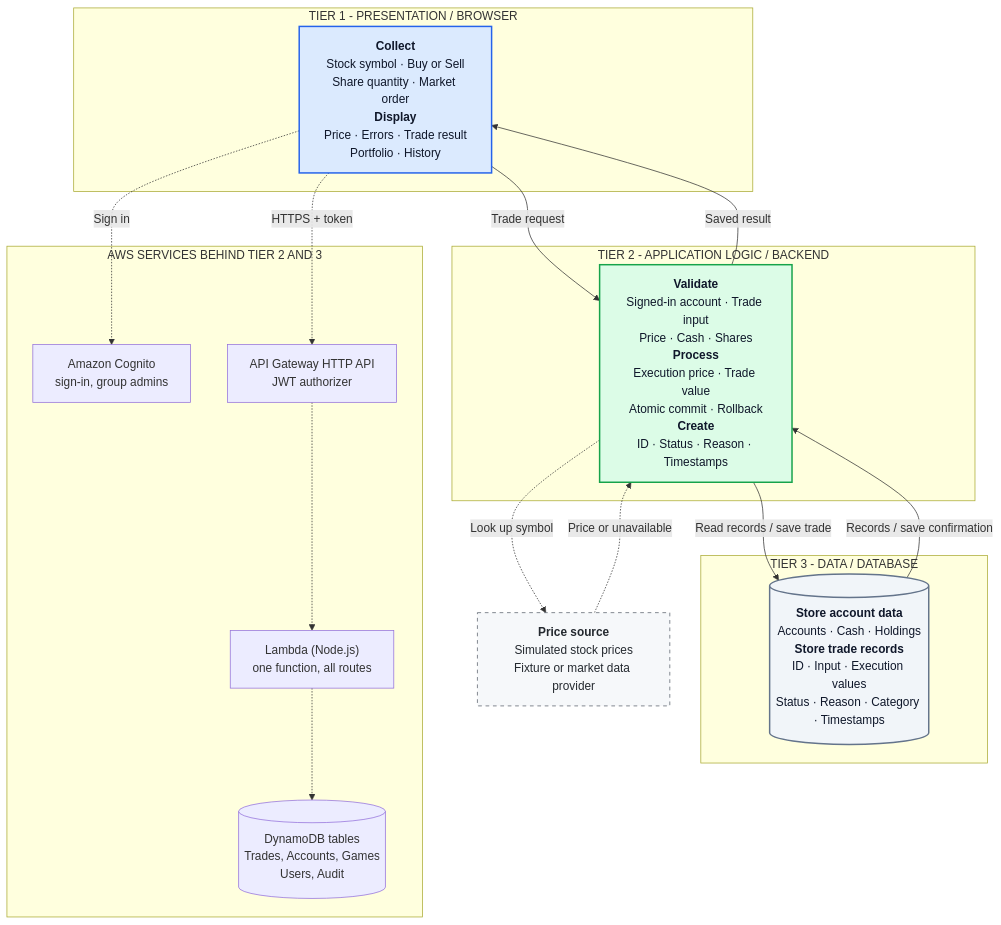
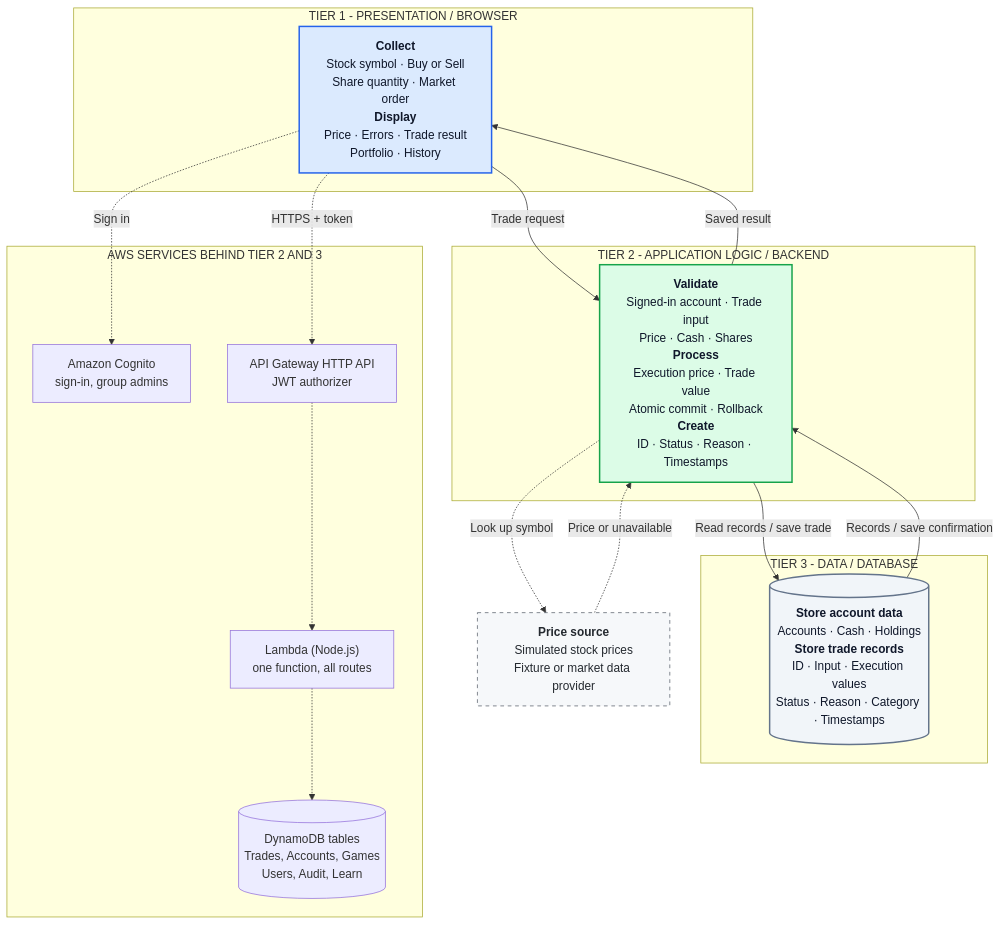
One commit to UH-MIS3371/MIS3371-Section10129-Group14 changed the diagram in docs/03-system-design/architecture.md. Above: the diagram before and after it, drawn with Mermaid. The commit also changed other lines of this file and 56 other files, not shown here.

Commit message:
Fix audit findings: backend routing and reads, Grader check honesty, docs match code, 36-case matrix, presentation guide, activity graph script

````diff
--- a/docs/03-system-design/architecture.md
+++ b/docs/03-system-design/architecture.md
@@ -5,66 +5,66 @@
 ```mermaid
 flowchart TB
     subgraph PRESENTATION["TIER 1 - PRESENTATION / BROWSER"]
         UI["`**Collect**
 Stock symbol · Buy or Sell
 Share quantity · Market order
 
 **Display**
 Price · Errors · Trade result
 Portfolio · History`"]
     end
 
     subgraph APPLICATION["TIER 2 - APPLICATION LOGIC / BACKEND"]
         APP["`**Validate**
 Signed-in account · Trade input
 Price · Cash · Shares
 
 **Process**
 Execution price · Trade value
 Atomic commit · Rollback
 
 **Create**
 ID · Status · Reason · Timestamps`"]
     end
 
     subgraph DATA["TIER 3 - DATA / DATABASE"]
         DB[("`**Store account data**
 Accounts · Cash · Holdings
 
 **Store trade records**
 ID · Input · Execution values
 Status · Reason · Category · Timestamps`")]
     end
 
     subgraph AWS["AWS SERVICES BEHIND TIER 2 AND 3"]
         COG["Amazon Cognito<br/>sign-in, group admins"]
         APIGW["API Gateway HTTP API<br/>JWT authorizer"]
         LAM["Lambda (Node.js)<br/>one function, all routes"]
-        TBL[("DynamoDB tables<br/>Trades, Accounts, Games<br/>Users, Audit")]
+        TBL[("DynamoDB tables<br/>Trades, Accounts, Games<br/>Users, Audit, Learn")]
     end
 
     PRICE["`**Price source**
 Simulated stock prices
 Fixture or market data provider`"]
 
     UI -- "Trade request" --> APP
     APP -- "Saved result" --> UI
     APP -- "Read records / save trade" --> DB
     DB -- "Records / save confirmation" --> APP
     APP -. "Look up symbol" .-> PRICE
     PRICE -. "Price or unavailable" .-> APP
 
     UI -. "Sign in" .-> COG
     UI -. "HTTPS + token" .-> APIGW
     APIGW -.-> LAM
     LAM -.-> TBL
 
     classDef presentation fill:#dbeafe,stroke:#2563eb,color:#0f172a,stroke-width:2px
     classDef application fill:#dcfce7,stroke:#16a34a,color:#0f172a,stroke-width:2px
     classDef data fill:#f1f5f9,stroke:#64748b,color:#0f172a,stroke-width:2px
     classDef dependency fill:#f6f8fa,stroke:#57606a,color:#24292f,stroke-dasharray:5 5
     class UI presentation
     class APP application
     class DB data
     class PRICE dependency
 ```
````
